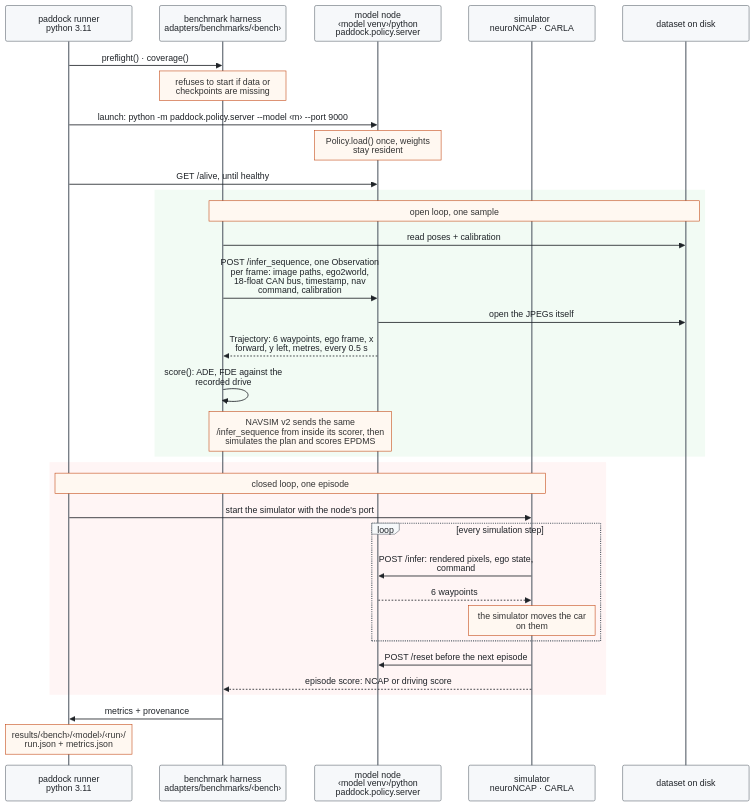
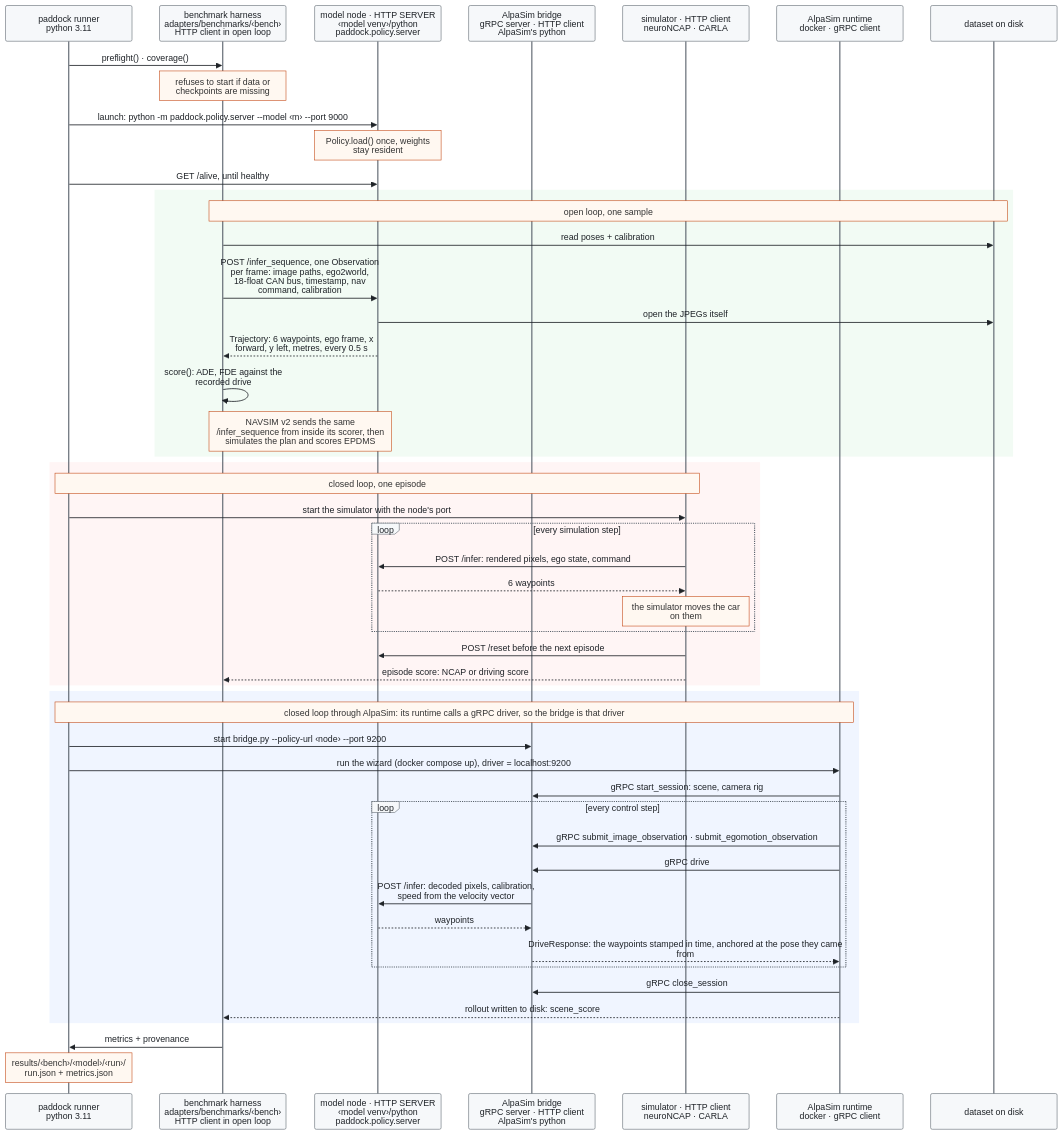
Before and after one commit to FastCodeAI/Paddock: the diagram in docs/architecture.md, drawn with Mermaid. The commit also changed other lines of this file and 1 other file, not shown here.

First line of the commit message:
docs: the model node is the server and the benchmark side the client; AlpaSim's gRPC bridge drawn

````diff
--- a/docs/architecture.md
+++ b/docs/architecture.md
@@ -83,44 +112,62 @@
 ```mermaid
 %%{init: {"theme": "base", "sequence": {"wrap": true, "width": 230, "messageAlign": "center",
   "actorFontSize": 14, "messageFontSize": 13, "noteFontSize": 13},
   "themeVariables": {"primaryTextColor": "#1f2328", "lineColor": "#6e7781",
   "actorBkg": "#f6f8fa", "actorBorder": "#57606a", "noteBkgColor": "#fff8f1", "noteBorderColor": "#c2410c",
   "activationBkgColor": "#ffedd5", "activationBorderColor": "#ea580c"}}}%%
 sequenceDiagram
     participant R as paddock runner<br/>python 3.11
-    participant H as benchmark harness<br/>adapters/benchmarks/‹bench›
-    participant N as model node<br/>‹model venv›/python<br/>paddock.policy.server
-    participant S as simulator<br/>neuroNCAP · CARLA
+    participant H as benchmark harness<br/>adapters/benchmarks/‹bench›<br/>HTTP client in open loop
+    participant N as model node · HTTP SERVER<br/>‹model venv›/python<br/>paddock.policy.server
+    participant B as AlpaSim bridge<br/>gRPC server · HTTP client<br/>AlpaSim's python
+    participant S as simulator · HTTP client<br/>neuroNCAP · CARLA
+    participant A as AlpaSim runtime<br/>docker · gRPC client
     participant D as dataset on disk
 
     R->>H: preflight() · coverage()
     Note over H: refuses to start if data or checkpoints are missing
     R->>N: launch: python -m paddock.policy.server --model ‹m› --port 9000
     Note over N: Policy.load() once, weights stay resident
     R->>N: GET /alive, until healthy
 
     rect rgb(242, 251, 244)
         Note over H,D: open loop, one sample
         H->>D: read poses + calibration
         H->>N: POST /infer_sequence, one Observation per frame: image paths, ego2world, 18-float CAN bus, timestamp, nav command, calibration
         N->>D: open the JPEGs itself
         N-->>H: Trajectory: 6 waypoints, ego frame, x forward, y left, metres, every 0.5 s
         H->>H: score(): ADE, FDE against the recorded drive
         Note over H,N: NAVSIM v2 sends the same /infer_sequence from inside its scorer, then simulates the plan and scores EPDMS
     end
 
     rect rgb(255, 245, 245)
         Note over R,S: closed loop, one episode
         R->>S: start the simulator with the node's port
         loop every simulation step
             S->>N: POST /infer: rendered pixels, ego state, command
             N-->>S: 6 waypoints
             Note over S: the simulator moves the car on them
         end
         S->>N: POST /reset before the next episode
         S-->>H: episode score: NCAP or driving score
     end
 
+    rect rgb(240, 245, 255)
+        Note over R,A: closed loop through AlpaSim: its runtime calls a gRPC driver, so the bridge is that driver
+        R->>B: start bridge.py --policy-url ‹node› --port 9200
+        R->>A: run the wizard (docker compose up), driver = localhost:9200
+        A->>B: gRPC start_session: scene, camera rig
+        loop every control step
+            A->>B: gRPC submit_image_observation · submit_egomotion_observation
+            A->>B: gRPC drive
+            B->>N: POST /infer: decoded pixels, calibration, speed from the velocity vector
+            N-->>B: waypoints
+            B-->>A: DriveResponse: the waypoints stamped in time, anchored at the pose they came from
+        end
+        A->>B: gRPC close_session
+        A-->>H: rollout written to disk: scene_score
+    end
+
     H->>R: metrics + provenance
     Note over R: results/‹bench›/‹model›/‹run›/ run.json + metrics.json
 ```
````
